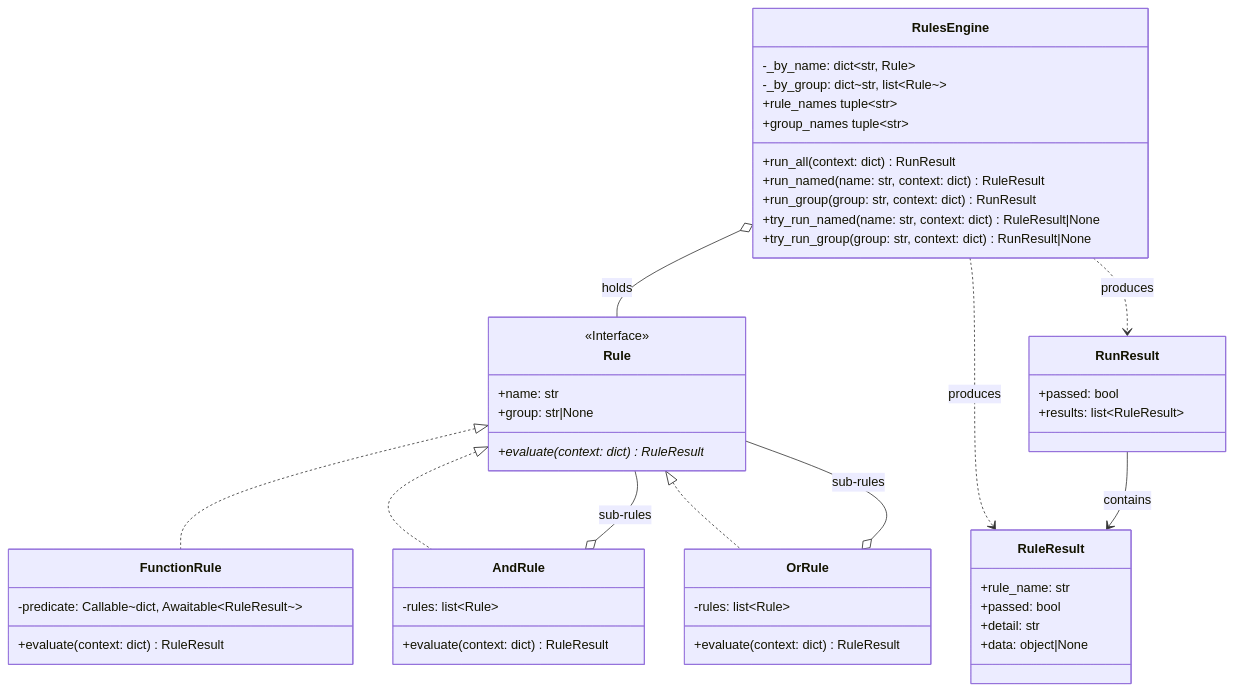
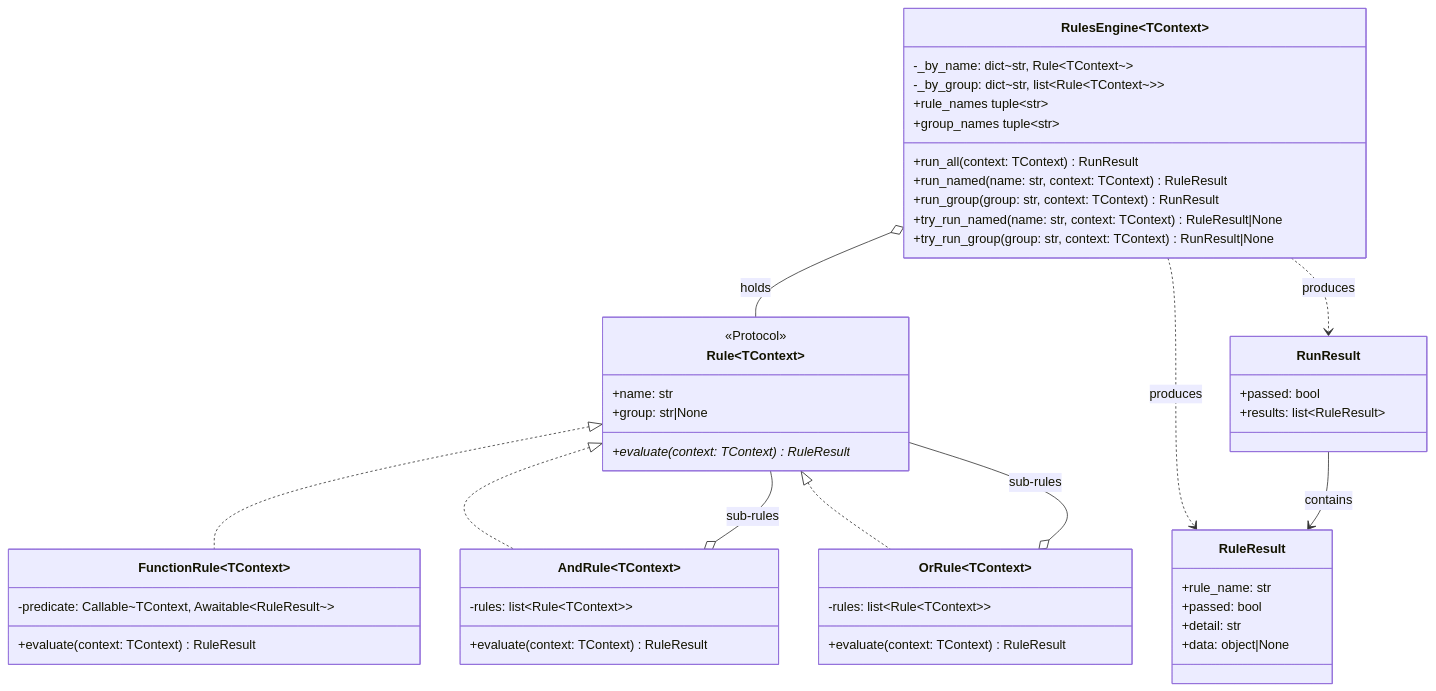
Before and after one commit to pawan-vyas/verdict-rules: the diagram in docs/architecture/python.md, drawn with Mermaid. The commit also changed other lines of this file and 12 other files, not shown here.

````diff
--- a/docs/architecture/python.md
+++ b/docs/architecture/python.md
@@ -29,52 +29,52 @@
 ```mermaid
 classDiagram
-    class Rule {
-        <<Interface>>
+    class Rule~TContext~ {
+        <<Protocol>>
         +name: str
         +group: str|None
-        +evaluate(context: dict)* RuleResult
+        +evaluate(context: TContext)* RuleResult
     }
-    class FunctionRule {
-        -predicate: Callable~dict, Awaitable~RuleResult~~
-        +evaluate(context: dict) RuleResult
+    class FunctionRule~TContext~ {
+        -predicate: Callable~TContext, Awaitable~RuleResult~~
+        +evaluate(context: TContext) RuleResult
     }
-    class AndRule {
-        -rules: list~Rule~
-        +evaluate(context: dict) RuleResult
+    class AndRule~TContext~ {
+        -rules: list~Rule~TContext~~
+        +evaluate(context: TContext) RuleResult
     }
-    class OrRule {
-        -rules: list~Rule~
-        +evaluate(context: dict) RuleResult
+    class OrRule~TContext~ {
+        -rules: list~Rule~TContext~~
+        +evaluate(context: TContext) RuleResult
     }
-    class RulesEngine {
-        -_by_name: dict~str, Rule~
-        -_by_group: dict~str, list~Rule~~
-        +run_all(context: dict) RunResult
-        +run_named(name: str, context: dict) RuleResult
-        +run_group(group: str, context: dict) RunResult
-        +try_run_named(name: str, context: dict) RuleResult|None
-        +try_run_group(group: str, context: dict) RunResult|None
+    class RulesEngine~TContext~ {
+        -_by_name: dict~str, Rule~TContext~~
+        -_by_group: dict~str, list~Rule~TContext~~~
+        +run_all(context: TContext) RunResult
+        +run_named(name: str, context: TContext) RuleResult
+        +run_group(group: str, context: TContext) RunResult
+        +try_run_named(name: str, context: TContext) RuleResult|None
+        +try_run_group(group: str, context: TContext) RunResult|None
         +rule_names tuple~str~
         +group_names tuple~str~
     }
     class RuleResult {
         +rule_name: str
         +passed: bool
         +detail: str
         +data: object|None
     }
     class RunResult {
         +passed: bool
         +results: list~RuleResult~
     }
 
     Rule <|.. FunctionRule
     Rule <|.. AndRule
     Rule <|.. OrRule
     AndRule o-- Rule : sub-rules
     OrRule o-- Rule : sub-rules
     RulesEngine o-- Rule : holds
     RulesEngine ..> RuleResult : produces
     RulesEngine ..> RunResult : produces
     RunResult --> RuleResult : contains
 ```
````
